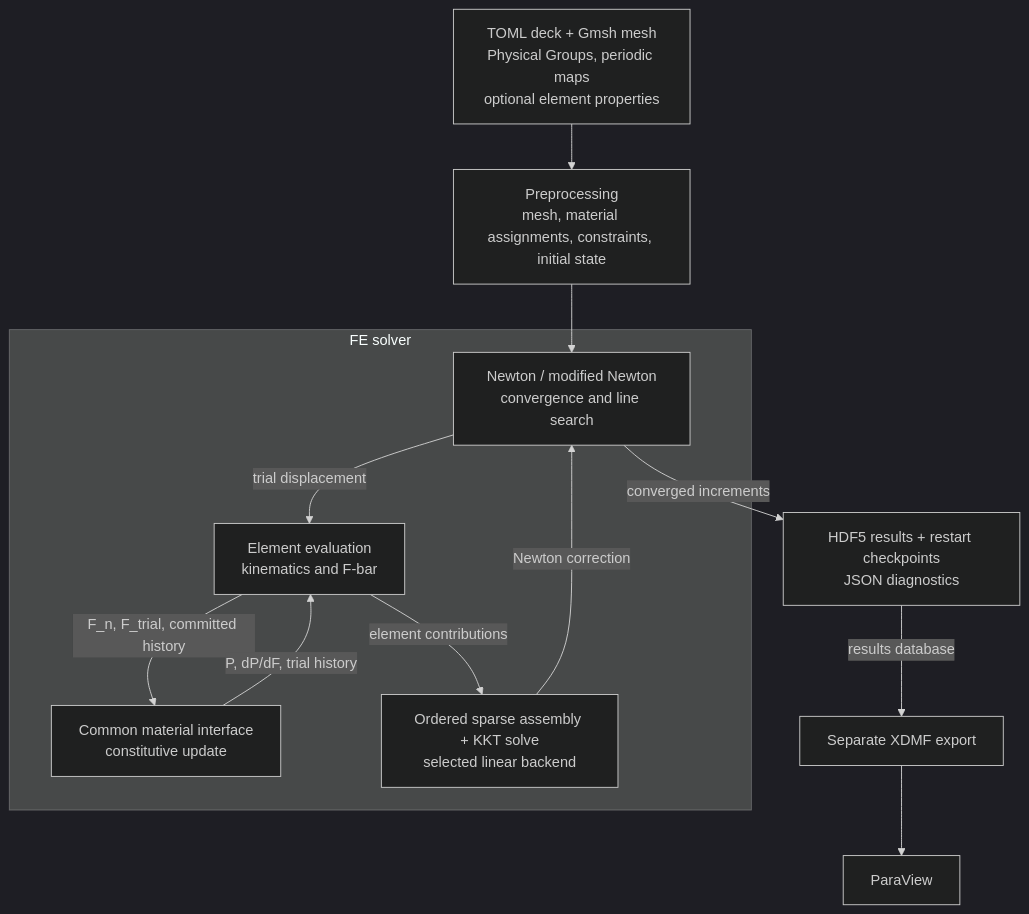
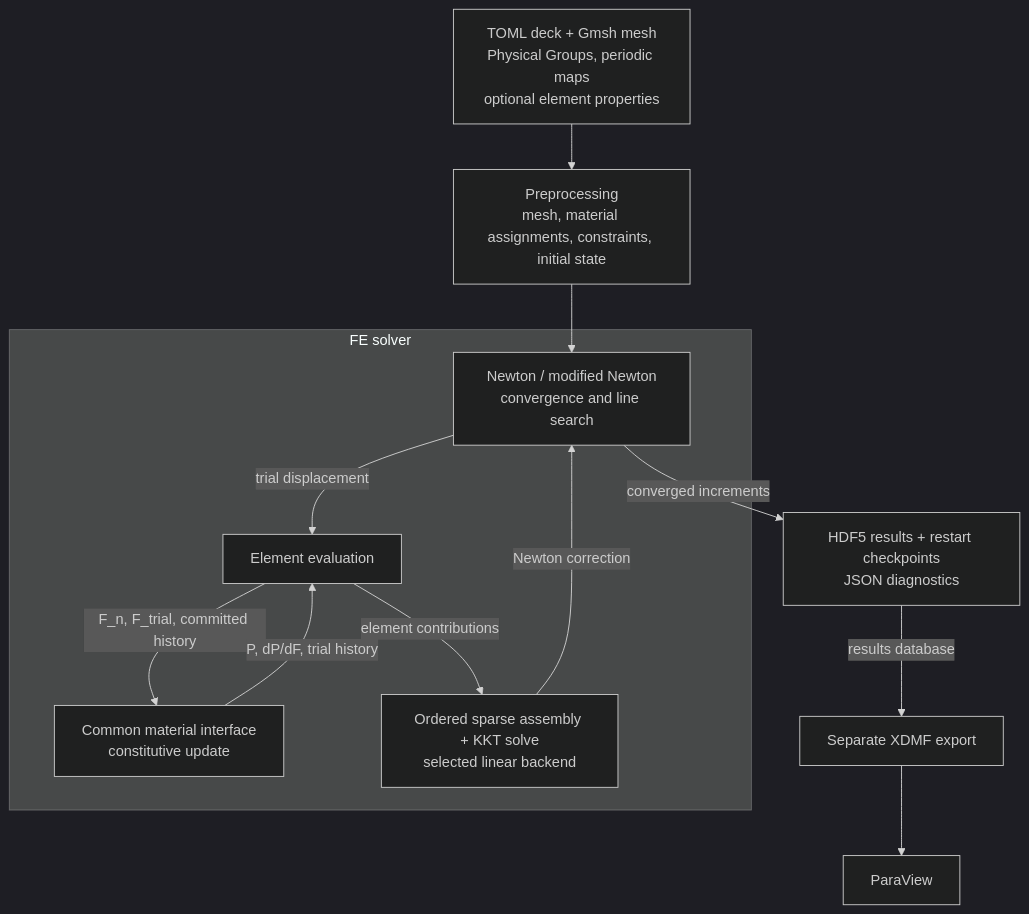
The diagram in README.md (syadegari/fe_solver), drawn with Mermaid (dark theme) before and after one commit.

Commit message:
Simplify element label in README architecture diagram

````diff
--- a/README.md
+++ b/README.md
@@ -87,21 +87,21 @@
 ```mermaid
 flowchart TB
     input["TOML deck + Gmsh mesh<br/>Physical Groups, periodic maps<br/>optional element properties"]
     prep["Preprocessing<br/>mesh, material assignments, constraints, initial state"]
     input --> prep
     subgraph solver["FE solver"]
         global["Newton / modified Newton<br/>convergence and line search"]
-        element["Element evaluation<br/>kinematics and F-bar"]
+        element["Element evaluation"]
         material["Common material interface<br/>constitutive update"]
         kkt["Ordered sparse assembly + KKT solve<br/>selected linear backend"]
         global -->|trial displacement| element
         element -->|"F_n, F_trial, committed history"| material
         material -->|"P, dP/dF, trial history"| element
         element -->|element contributions| kkt
         kkt -->|Newton correction| global
     end
     prep --> global
     global -->|converged increments| result["HDF5 results + restart checkpoints<br/>JSON diagnostics"]
     result -->|results database| export["Separate XDMF export"]
     export --> paraview["ParaView"]
 ```
````
